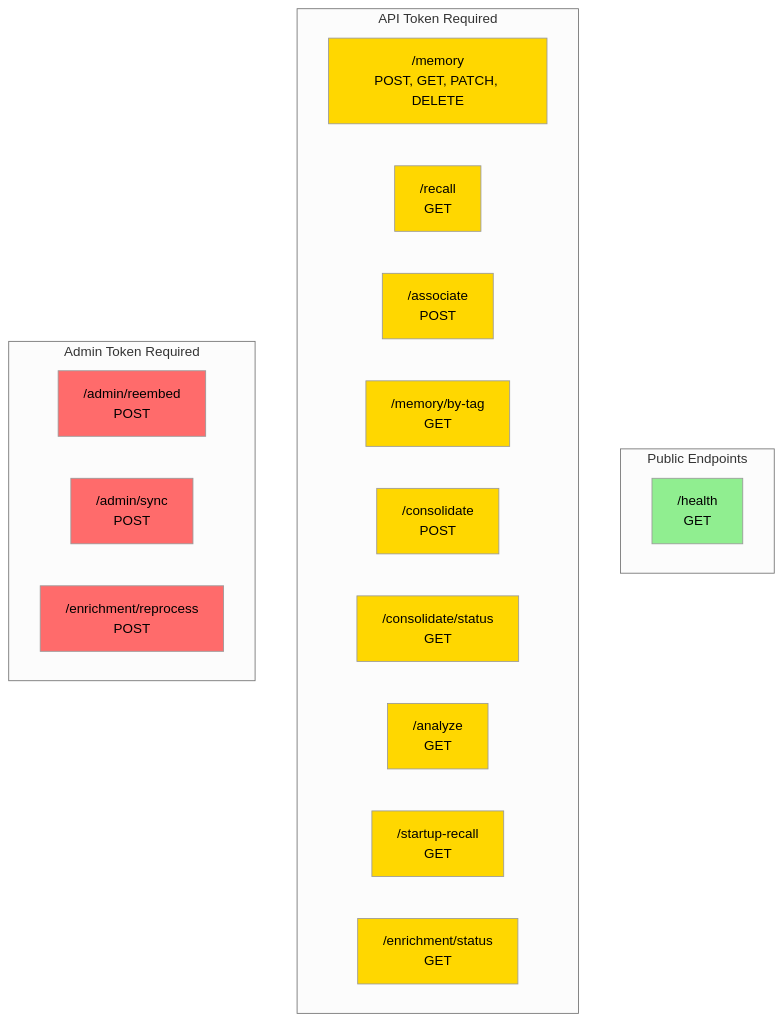
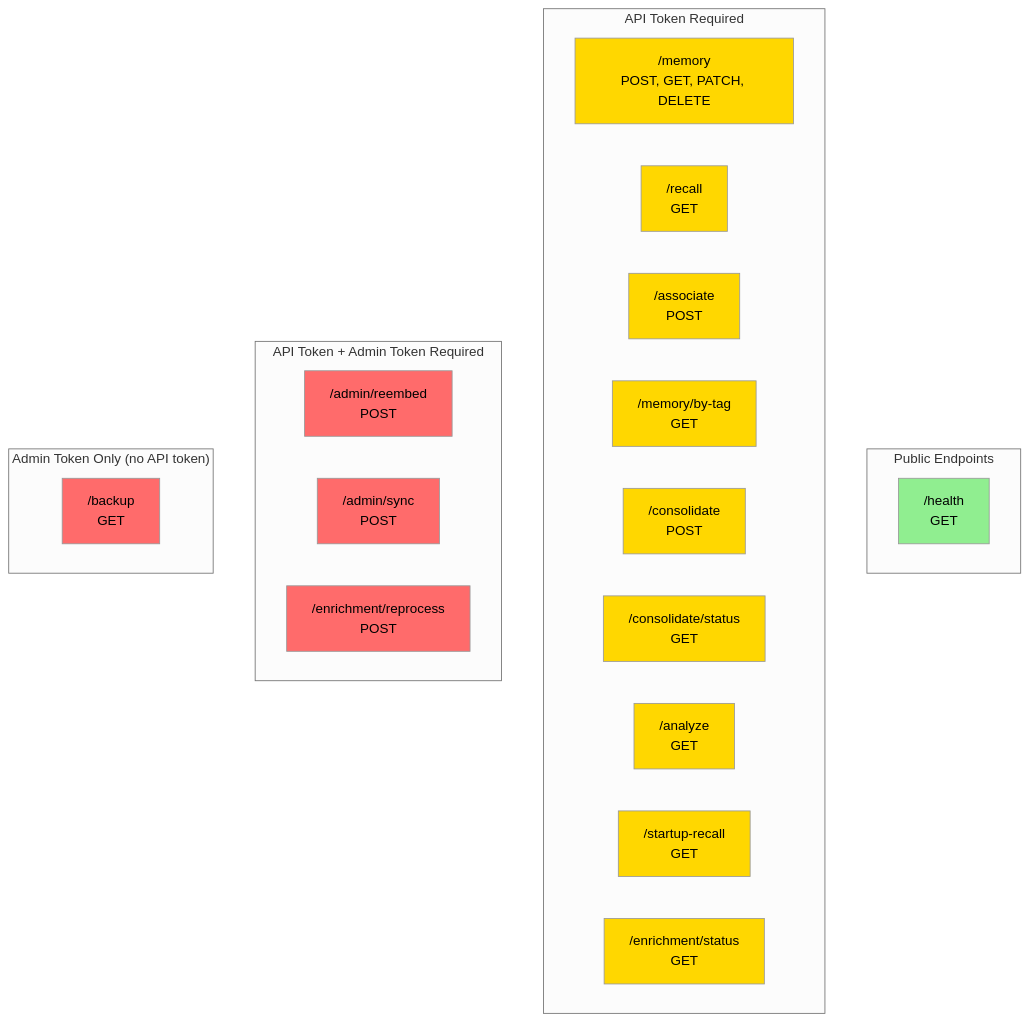
One commit to verygoodplugins/automem-website changed the third of 3 diagrams in src/content/docs/docs/reference/authentication.md. Above: the diagram before and after it, drawn with Mermaid (neutral theme). The commit also changed other lines of this file, not shown here.

````diff
--- a/src/content/docs/docs/reference/authentication.md
+++ b/src/content/docs/docs/reference/authentication.md
@@ -159,38 +160,43 @@
 ```mermaid
 graph TB
     subgraph "Public Endpoints"
         Health["/health<br/>GET"]
     end
 
     subgraph "API Token Required"
         Memory["/memory<br/>POST, GET, PATCH, DELETE"]
         Recall["/recall<br/>GET"]
         Associate["/associate<br/>POST"]
         ByTag["/memory/by-tag<br/>GET"]
         Consolidate["/consolidate<br/>POST"]
         ConsolidateStatus["/consolidate/status<br/>GET"]
         Analyze["/analyze<br/>GET"]
         StartupRecall["/startup-recall<br/>GET"]
         EnrichStatus["/enrichment/status<br/>GET"]
     end
 
-    subgraph "Admin Token Required"
+    subgraph "API Token + Admin Token Required"
         Reembed["/admin/reembed<br/>POST"]
         Sync["/admin/sync<br/>POST"]
         Reprocess["/enrichment/reprocess<br/>POST"]
+    end
+
+    subgraph "Admin Token Only (no API token)"
+        Backup["/backup<br/>GET"]
     end
 
     style Health fill:#90EE90
     style Memory fill:#FFD700
     style Recall fill:#FFD700
     style Associate fill:#FFD700
     style ByTag fill:#FFD700
     style Consolidate fill:#FFD700
     style ConsolidateStatus fill:#FFD700
     style Analyze fill:#FFD700
     style StartupRecall fill:#FFD700
     style EnrichStatus fill:#FFD700
     style Reembed fill:#FF6B6B
     style Sync fill:#FF6B6B
     style Reprocess fill:#FF6B6B
+    style Backup fill:#FF6B6B
 ```
````
